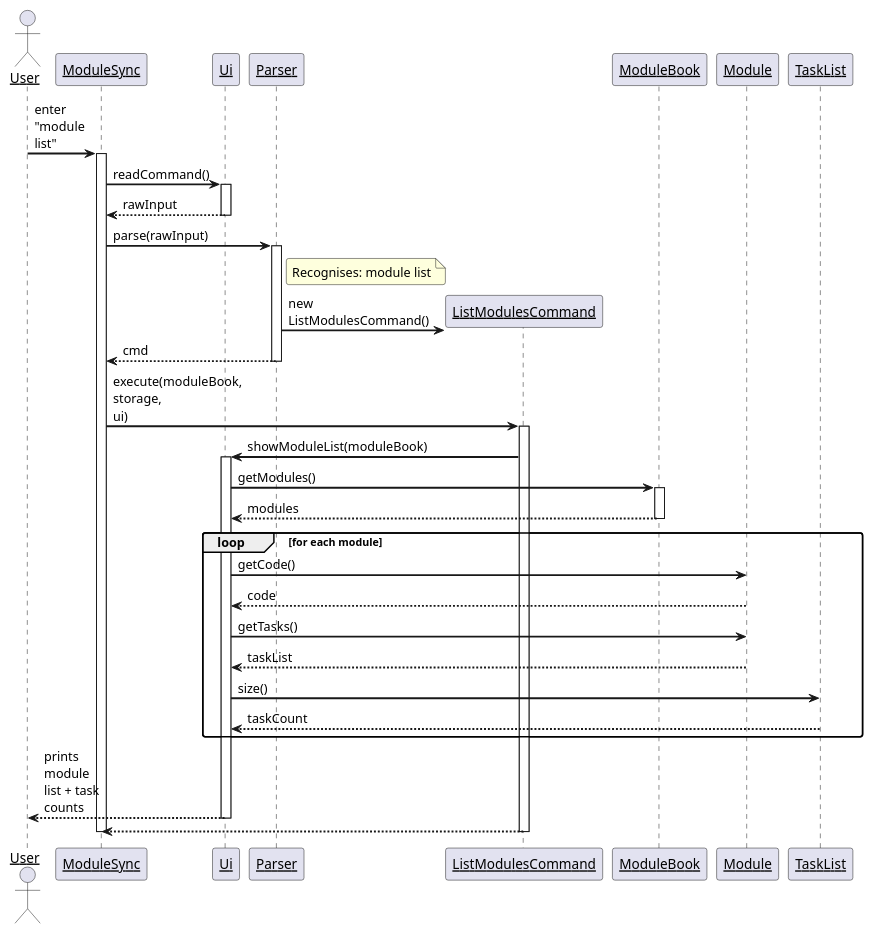
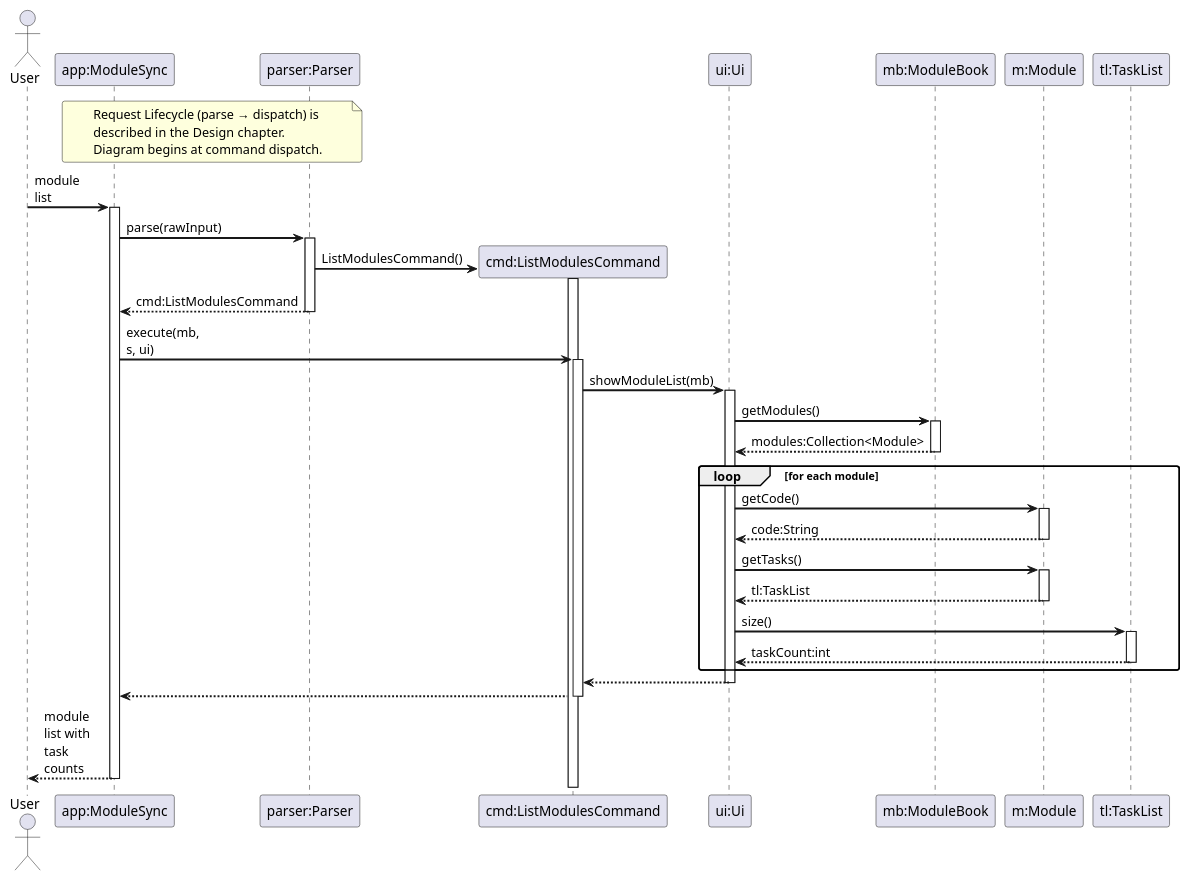
One commit to heeelol/tp changed the diagram in docs/diagrams/ListModulesSequenceDiagram.puml. Above: the diagram before and after it, drawn with PlantUML. The commit also changed 28 other files, not shown here.

Commit message:
Revamp DG to remove redundant, repetitive diagrams subsumed into CommandArchitecture and rewrite implementation; and create SemesterLifecycle

```diff
--- a/docs/diagrams/ListModulesSequenceDiagram.puml
+++ b/docs/diagrams/ListModulesSequenceDiagram.puml
@@ -1,64 +1,73 @@
 @startuml ListModulesSequenceDiagram
 
 skinparam sequenceArrowThickness 2
 skinparam roundcorner 5
 skinparam maxmessagesize 60
-skinparam sequenceParticipant underline
 
 Actor User as user
-Participant "ModuleSync" as app
-Participant "Ui" as ui
-Participant "Parser" as parser
-Participant "ListModulesCommand" as cmd
-Participant "ModuleBook" as moduleBook
-Participant "Module" as module
-Participant "TaskList" as taskList
+Participant "app:ModuleSync" as app
+Participant "parser:Parser" as parser
+Participant "cmd:ListModulesCommand" as cmd
+Participant "ui:Ui" as ui
+Participant "mb:ModuleBook" as moduleBook
+Participant "m:Module" as module
+Participant "tl:TaskList" as taskList
 
-user -> app : enter "module list"
+note over app, parser
+  Request Lifecycle (parse → dispatch) is
+  described in the Design chapter.
+  Diagram begins at command dispatch.
+end note
+
+user -> app : module list
 activate app
-
-app -> ui : readCommand()
-activate ui
-ui --> app : rawInput
-deactivate ui
 
 app -> parser : parse(rawInput)
 activate parser
 
-note right of parser
-  Recognises: module list
-end note
+create cmd
+parser -> cmd : ListModulesCommand()
+activate cmd
+deactivate cmd
 
-create cmd
-parser -> cmd : new ListModulesCommand()
-parser --> app : cmd
+parser --> app : cmd:ListModulesCommand
 deactivate parser
 
-app -> cmd : execute(moduleBook, storage, ui)
+app -> cmd : execute(mb, s, ui)
 activate cmd
 
-cmd -> ui : showModuleList(moduleBook)
+cmd -> ui : showModuleList(mb)
 activate ui
+
 ui -> moduleBook : getModules()
 activate moduleBook
-moduleBook --> ui : modules
+moduleBook --> ui : modules:Collection<Module>
 deactivate moduleBook
 
 loop for each module
   ui -> module : getCode()
-  module --> ui : code
+  activate module
+  module --> ui : code:String
+  deactivate module
+
   ui -> module : getTasks()
-  module --> ui : taskList
+  activate module
+  module --> ui : tl:TaskList
+  deactivate module
+
   ui -> taskList : size()
-  taskList --> ui : taskCount
+  activate taskList
+  taskList --> ui : taskCount:int
+  deactivate taskList
 end
 
-ui --> user : prints module list + task counts
+ui --> cmd
 deactivate ui
 
 cmd --> app
 deactivate cmd
 
+app --> user : module list with task counts
 deactivate app
 
 @enduml
```
